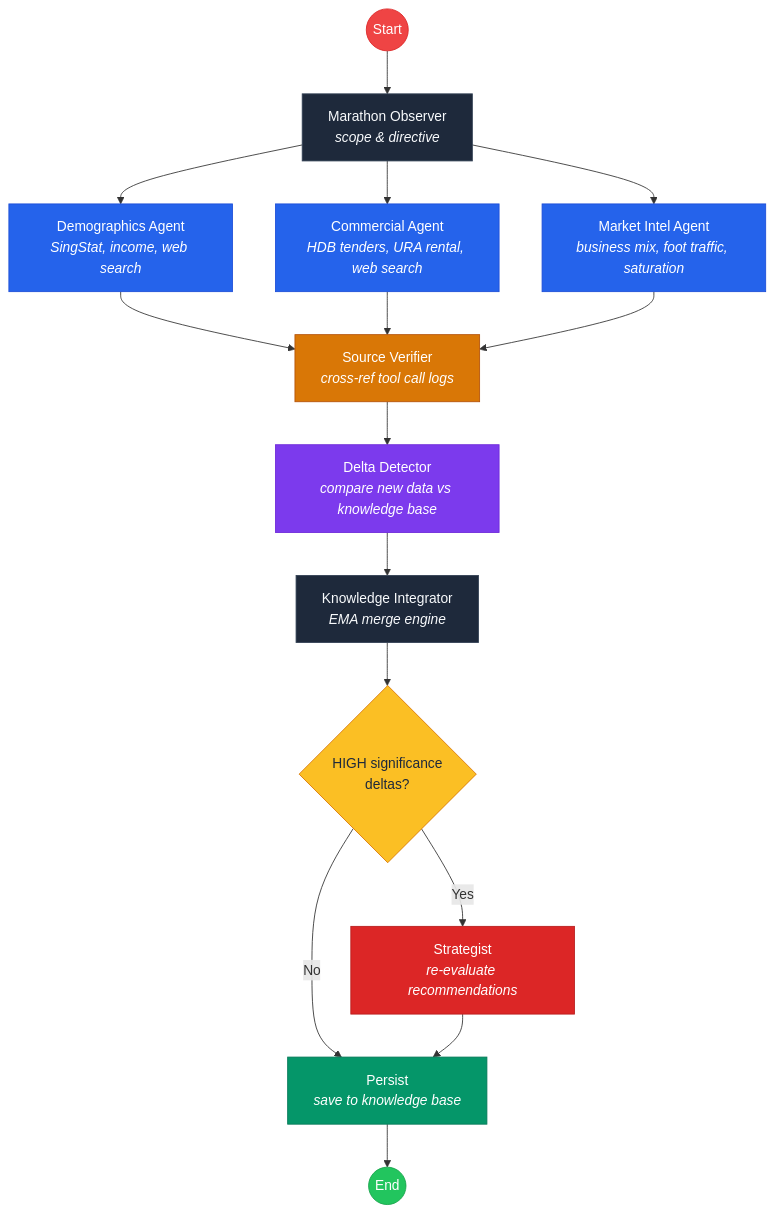
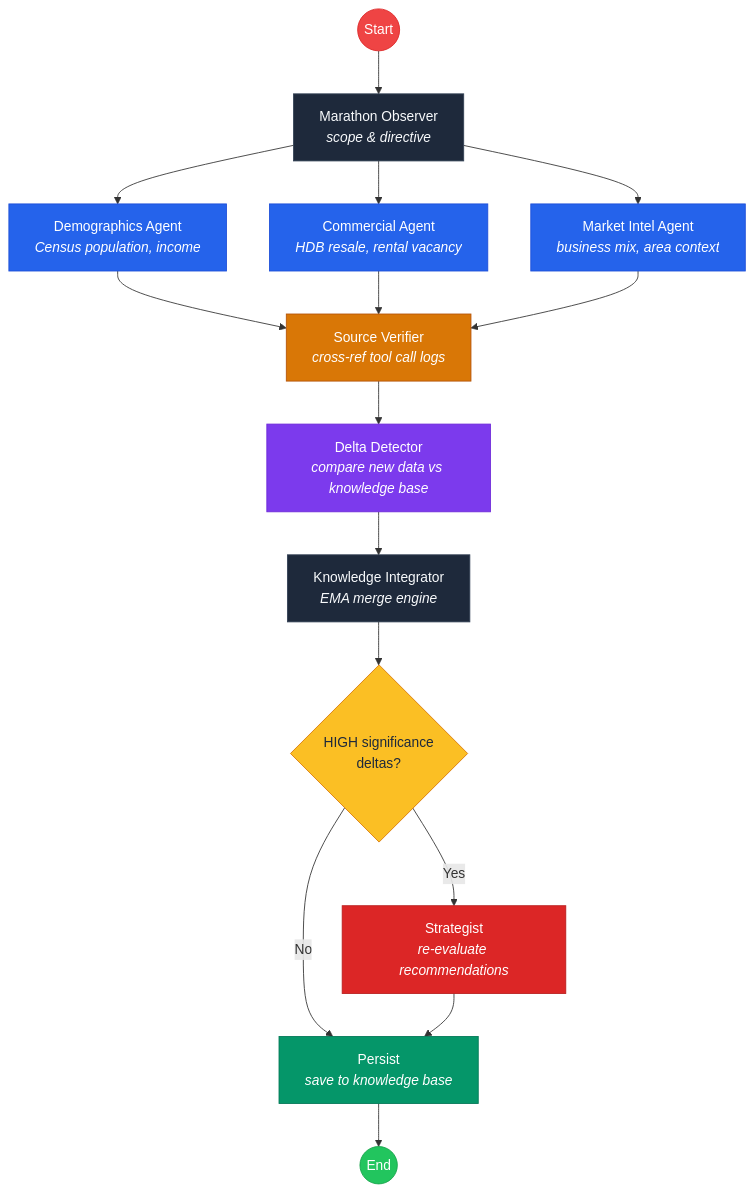
The diagram in README.md (djhuangit/sg-heartland-business-scout), drawn with Mermaid before and after one commit. The commit also changed other lines of this file and 11 other files, not shown here.

````diff
--- a/README.md
+++ b/README.md
@@ -94,35 +102,35 @@
 ```mermaid
 graph TD
     START((Start)) --> Observer[Marathon Observer<br/><i>scope & directive</i>]
 
-    Observer --> Demo[Demographics Agent<br/><i>SingStat, income, web search</i>]
-    Observer --> Comm[Commercial Agent<br/><i>HDB tenders, URA rental, web search</i>]
-    Observer --> Intel[Market Intel Agent<br/><i>business mix, foot traffic, saturation</i>]
+    Observer --> Demo[Demographics Agent<br/><i>Census population, income</i>]
+    Observer --> Comm[Commercial Agent<br/><i>HDB resale, rental vacancy</i>]
+    Observer --> Intel[Market Intel Agent<br/><i>business mix, area context</i>]
 
     Demo --> Verifier[Source Verifier<br/><i>cross-ref tool call logs</i>]
     Comm --> Verifier
     Intel --> Verifier
 
     Verifier --> Delta[Delta Detector<br/><i>compare new data vs knowledge base</i>]
     Delta --> Integrator[Knowledge Integrator<br/><i>EMA merge engine</i>]
 
     Integrator --> Check{HIGH significance<br/>deltas?}
     Check -- Yes --> Strategist[Strategist<br/><i>re-evaluate recommendations</i>]
     Check -- No --> Persist[Persist<br/><i>save to knowledge base</i>]
     Strategist --> Persist
 
     Persist --> END((End))
 
     style START fill:#ef4444,stroke:#dc2626,color:#fff
     style END fill:#22c55e,stroke:#16a34a,color:#fff
     style Observer fill:#1e293b,stroke:#334155,color:#f8fafc
     style Demo fill:#2563eb,stroke:#1d4ed8,color:#fff
     style Comm fill:#2563eb,stroke:#1d4ed8,color:#fff
     style Intel fill:#2563eb,stroke:#1d4ed8,color:#fff
     style Verifier fill:#d97706,stroke:#b45309,color:#fff
     style Delta fill:#7c3aed,stroke:#6d28d9,color:#fff
     style Integrator fill:#1e293b,stroke:#334155,color:#f8fafc
     style Check fill:#fbbf24,stroke:#d97706,color:#1e293b
     style Strategist fill:#dc2626,stroke:#b91c1c,color:#fff
     style Persist fill:#059669,stroke:#047857,color:#fff
 ```
````
